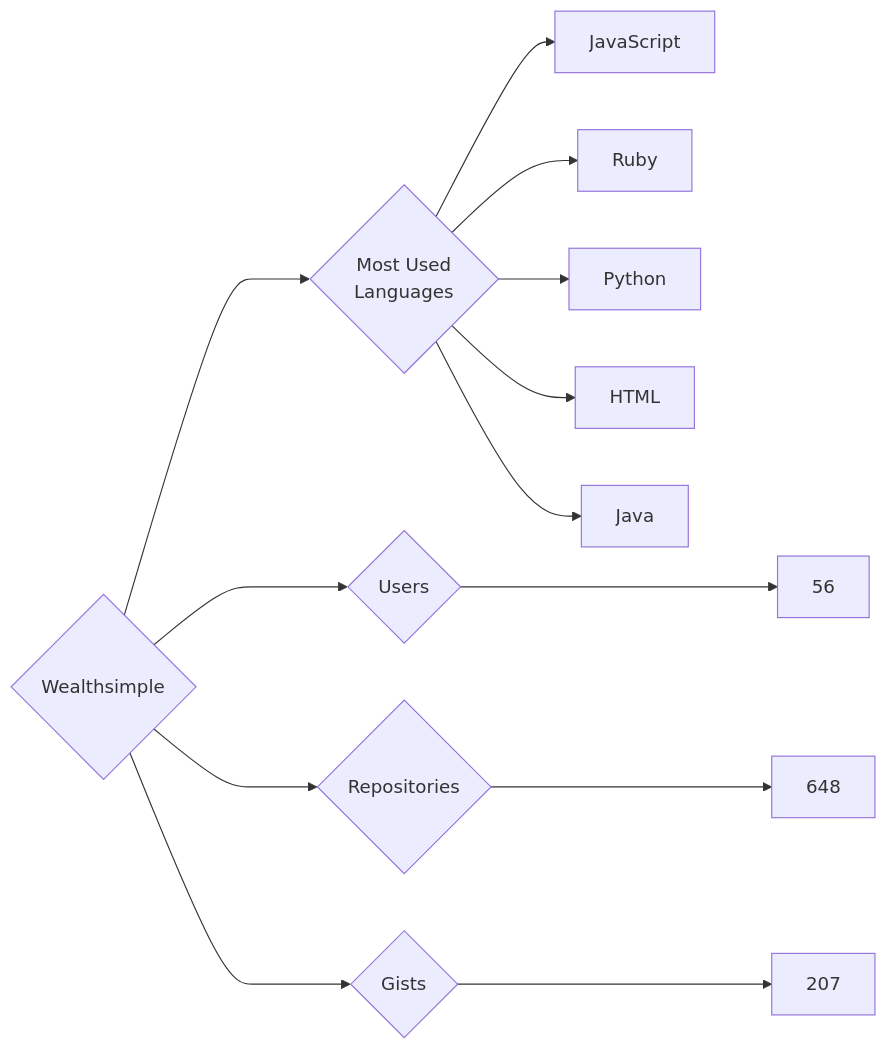
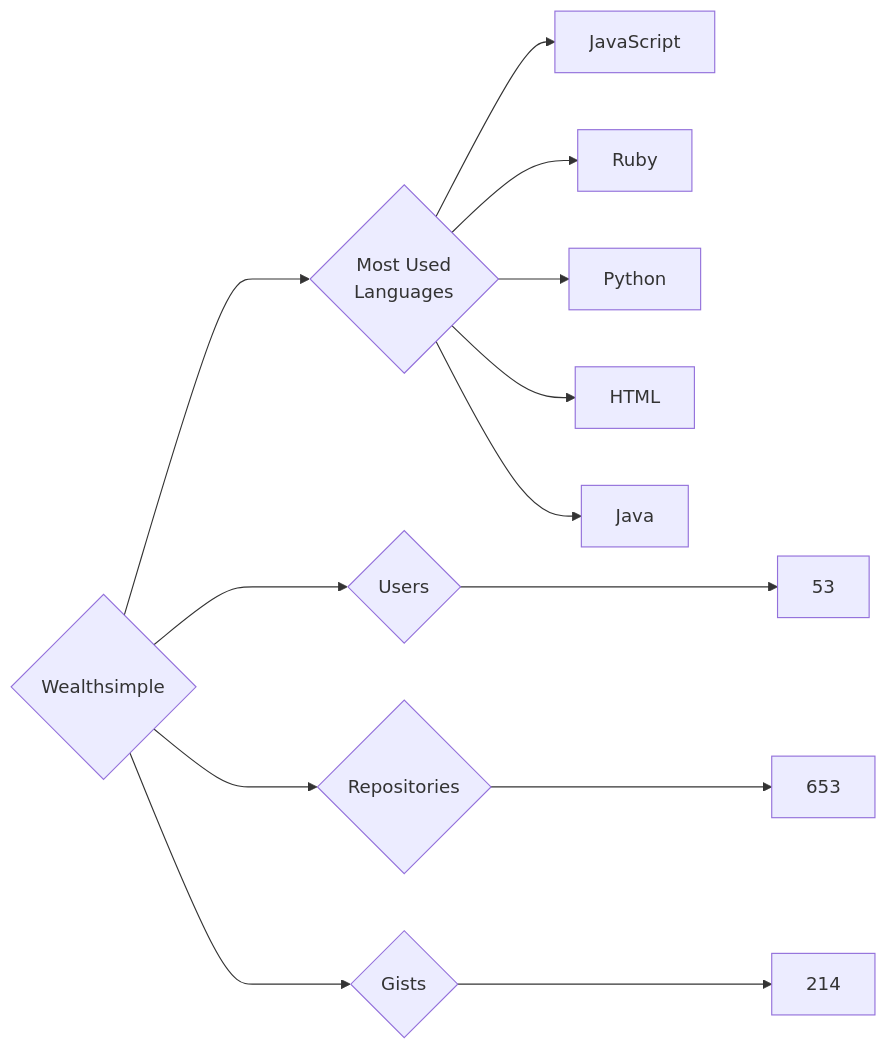
The diagram in targets/Wealthsimple/README.md (trickest/insiders), drawn with Mermaid before and after one commit. The commit also changed 677 other files, not shown here.

````diff
--- a/targets/Wealthsimple/README.md
+++ b/targets/Wealthsimple/README.md
@@ -3,13 +3,13 @@
 ```mermaid
 graph LR
 COMPANY_NAME{Wealthsimple}
-COMPANY_NAME ---> U{Users} ---> UN[56]
-COMPANY_NAME ---> R{Repositories} ---> RN[648]
-COMPANY_NAME ---> G{Gists} ---> GN[207]
+COMPANY_NAME ---> U{Users} ---> UN[53]
+COMPANY_NAME ---> R{Repositories} ---> RN[653]
+COMPANY_NAME ---> G{Gists} ---> GN[214]
 COMPANY_NAME ---> ML{Most Used<br>Languages}
 ML --> JavaScript[JavaScript]
 ML --> Ruby[Ruby]
 ML --> Python[Python]
 ML --> HTML[HTML]
 ML --> Java[Java]
 ```
````
